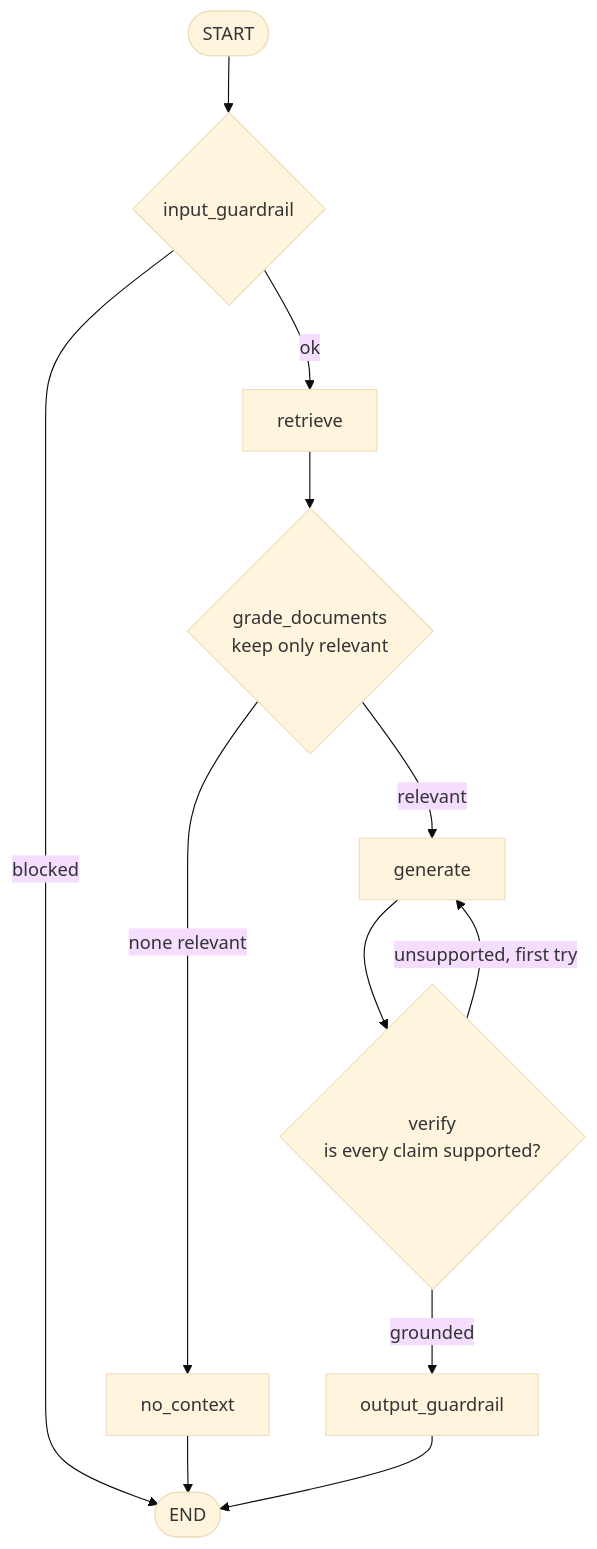
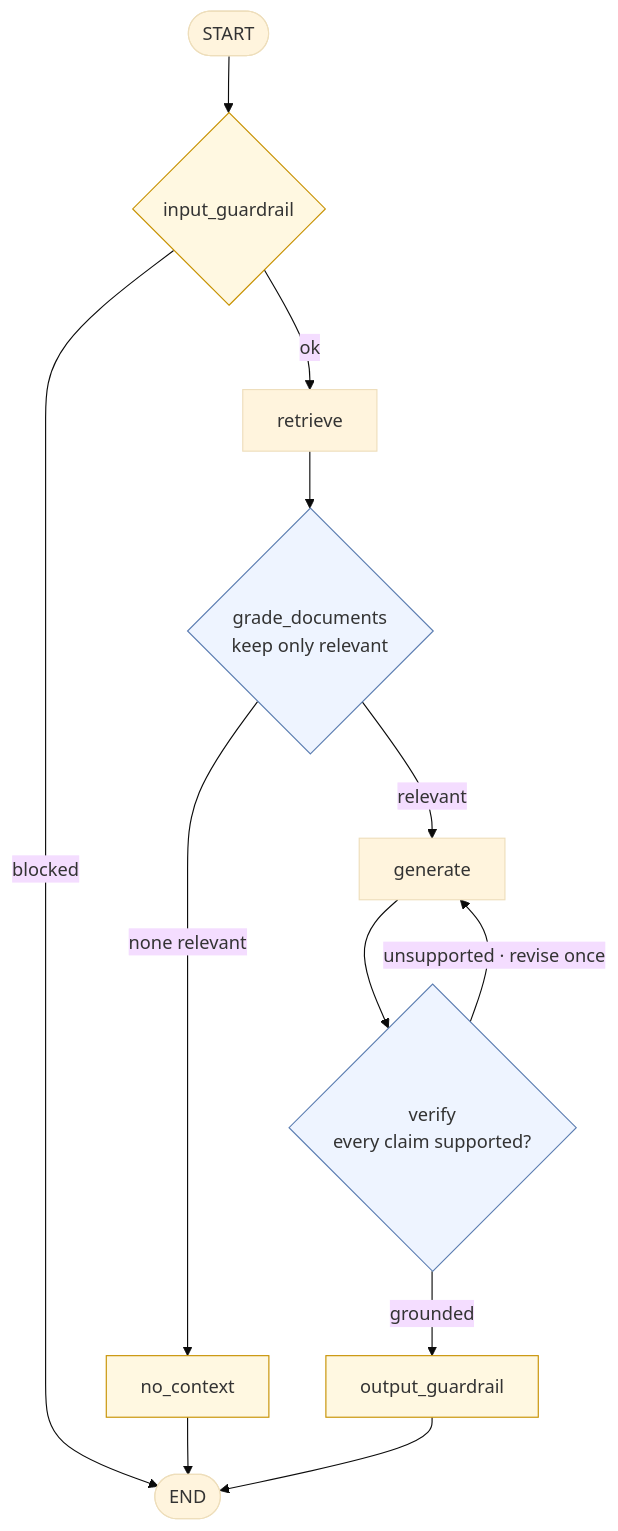
Before and after one commit to AkshayJaitly/langchain-rag-assistant: the fourth of 4 diagrams in README.md, drawn with Mermaid (base theme). The commit also changed other lines of this file, not shown here.

First line of the commit message:
Clean up the Mermaid diagrams

````diff
--- a/README.md
+++ b/README.md
@@ -121,12 +134,17 @@
 ```mermaid
-flowchart TD
-    START([START]) --> IG{input_guardrail}
-    IG -- blocked --> ENDX([END])
-    IG -- ok --> R[retrieve]
-    R --> GD{grade_documents<br/>keep only relevant}
-    GD -- "none relevant" --> NC[no_context] --> ENDX
-    GD -- relevant --> G[generate]
-    G --> V{verify<br/>is every claim supported?}
-    V -- "unsupported, first try" --> G
-    V -- grounded --> OG[output_guardrail] --> ENDX
+flowchart TB
+    S([START]) --> IG{"input_guardrail"}
+    IG -- "blocked" --> E([END])
+    IG -- "ok" --> R["retrieve"]
+    R --> GD{"grade_documents<br/>keep only relevant"}
+    GD -- "none relevant" --> NC["no_context"] --> E
+    GD -- "relevant" --> G["generate"]
+    G --> V{"verify<br/>every claim supported?"}
+    V -- "unsupported · revise once" --> G
+    V -- "grounded" --> OG["output_guardrail"] --> E
+
+    classDef guard fill:#fff8e1,stroke:#c79100
+    classDef agent fill:#eef4ff,stroke:#5b7db1
+    class IG,OG,NC guard
+    class GD,V agent
 ```
````
